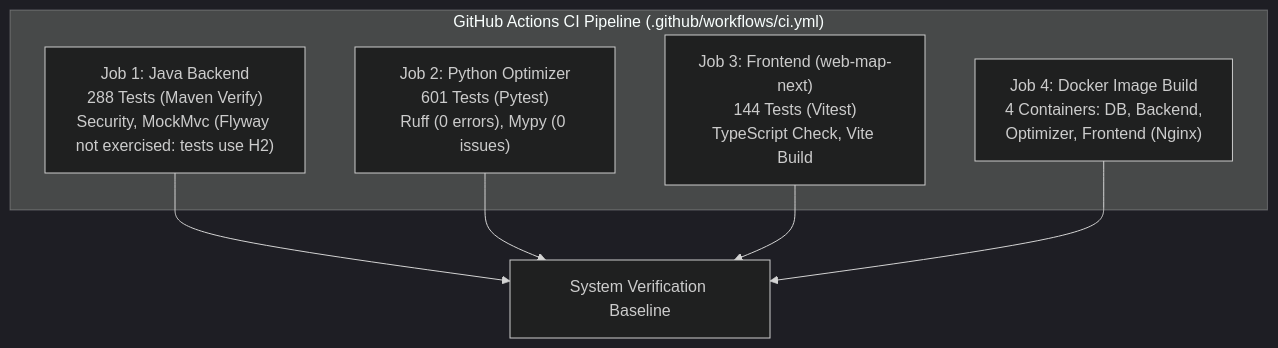
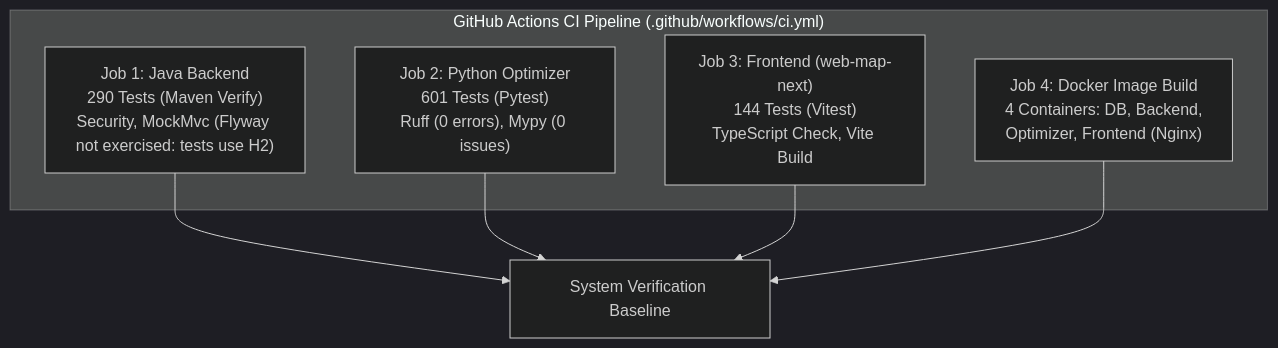
One commit to cookedaryan/surge changed the first of 2 diagrams in obsidian-vault/12-testing/Testing Status.md. Above: the diagram before and after it, drawn with Mermaid (dark theme). The commit also changed other lines of this file and 10 other files, not shown here.

````diff
--- a/obsidian-vault/12-testing/Testing Status.md
+++ b/obsidian-vault/12-testing/Testing Status.md
@@ -17,14 +17,14 @@
 ```mermaid
 graph TD
     subgraph CI["GitHub Actions CI Pipeline (.github/workflows/ci.yml)"]
-        J["Job 1: Java Backend<br/>288 Tests (Maven Verify)<br/>Security, MockMvc (Flyway not exercised: tests use H2)"]
+        J["Job 1: Java Backend<br/>290 Tests (Maven Verify)<br/>Security, MockMvc (Flyway not exercised: tests use H2)"]
         P["Job 2: Python Optimizer<br/>601 Tests (Pytest)<br/>Ruff (0 errors), Mypy (0 issues)"]
         F["Job 3: Frontend (web-map-next)<br/>144 Tests (Vitest)<br/>TypeScript Check, Vite Build"]
         D["Job 4: Docker Image Build<br/>4 Containers: DB, Backend,<br/>Optimizer, Frontend (Nginx)"]
     end
 
     J --> S["System Verification Baseline"]
     P --> S
     F --> S
     D --> S
 ```
````
